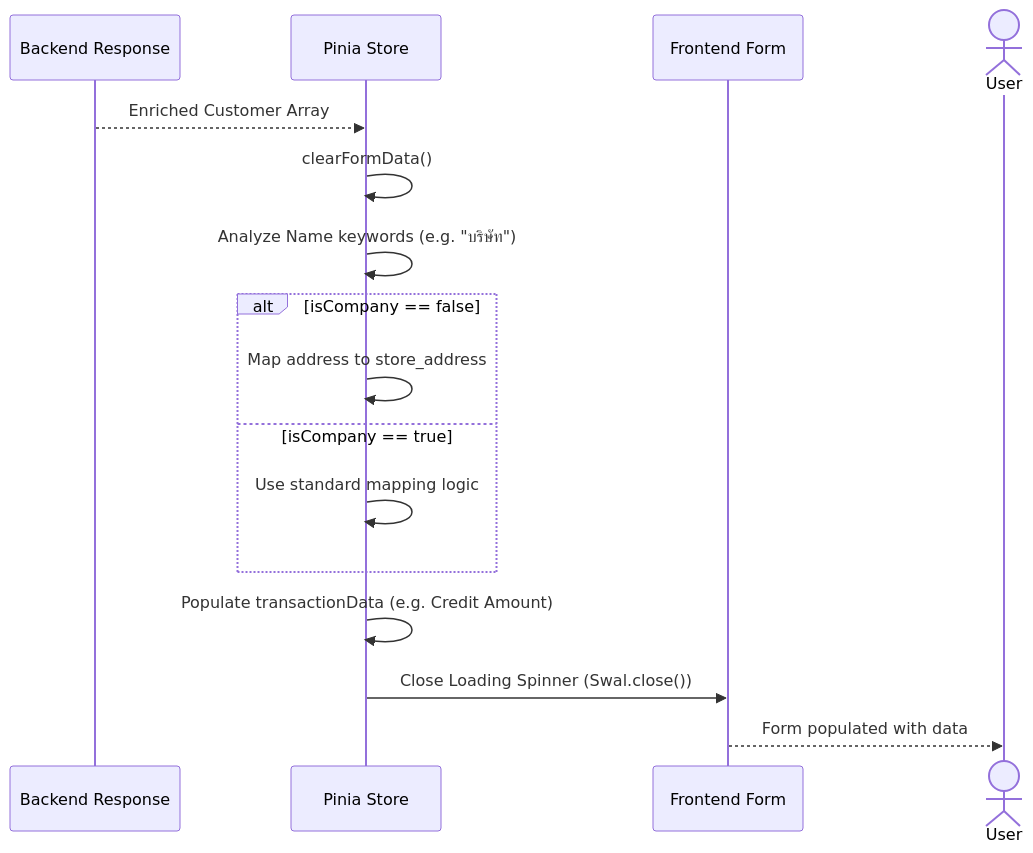
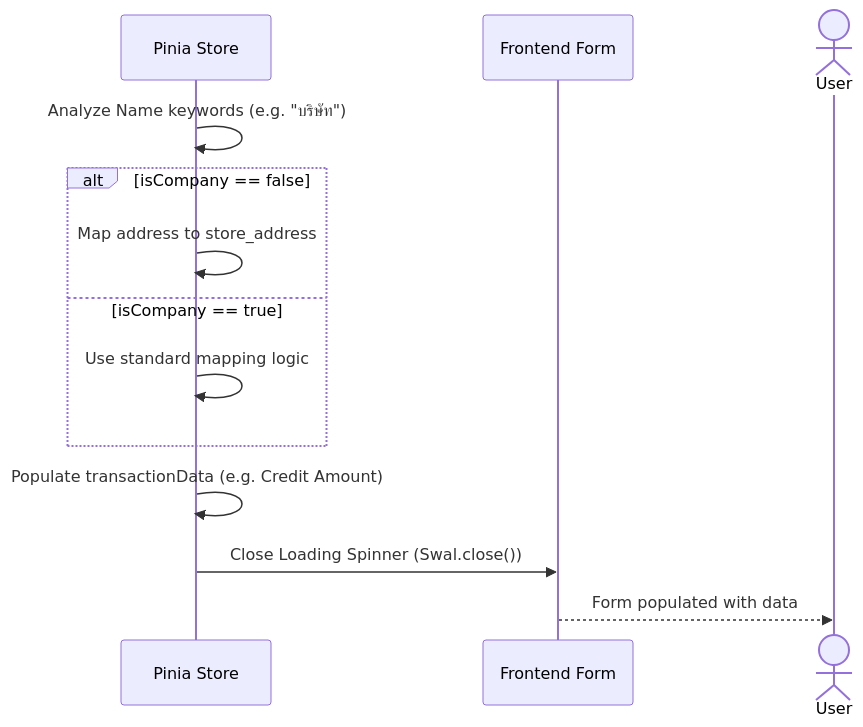
Before and after one commit to JinnawatJid/iNsightDocs: the eighth of 8 diagrams in docs/presentations/04_Customer_Search.md, drawn with Mermaid. The commit also changed other lines of this file, not shown here.

````diff
--- a/docs/presentations/04_Customer_Search.md
+++ b/docs/presentations/04_Customer_Search.md
@@ -249,21 +303,17 @@
 ```mermaid
 sequenceDiagram
-    participant API as Backend Response
     participant Store as Pinia Store
     participant UI as Frontend Form
     actor User
-
-    API-->>Store: Enriched Customer Array
-    Store->>Store: clearFormData()
 
     Store->>Store: Analyze Name keywords (e.g. "บริษัท")
     alt isCompany == false
         Store->>Store: Map address to store_address
     else isCompany == true
         Store->>Store: Use standard mapping logic
     end
 
     Store->>Store: Populate transactionData (e.g. Credit Amount)
     Store->>UI: Close Loading Spinner (Swal.close())
     UI-->>User: Form populated with data
 ```
````
